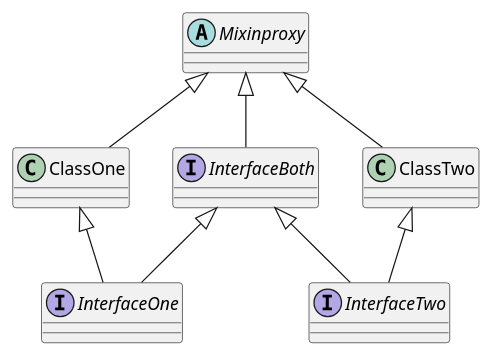
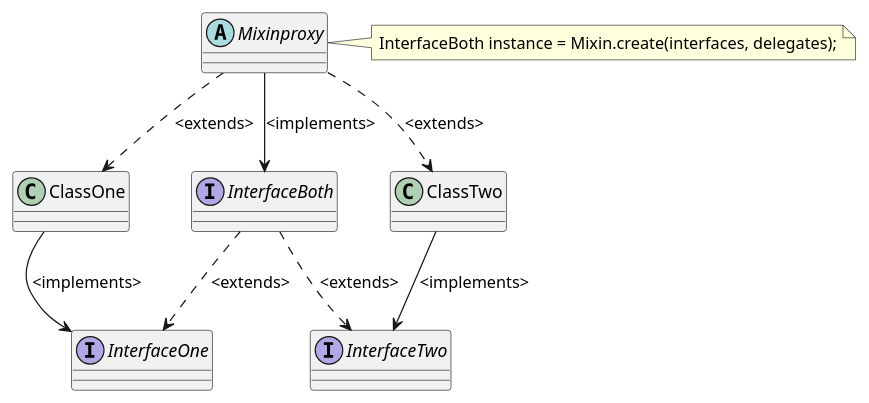
One commit to SimonGrad/JavaMixins changed the diagram in uml.puml. Above: the diagram before and after it, drawn with PlantUML. The commit also changed 3 other files, not shown here.

Commit message:
Extended diagram

```diff
--- a/uml.puml
+++ b/uml.puml
@@ -1,16 +1,18 @@
 @startuml
-
+' http://plantuml.com/classes.html
 abstract class Mixinproxy
 interface InterfaceOne
 interface InterfaceTwo
 interface InterfaceBoth
 
-ClassOne <|-- InterfaceOne
-ClassTwo <|-- InterfaceTwo
-InterfaceBoth <|-- InterfaceOne
-InterfaceBoth <|-- InterfaceTwo
-Mixinproxy <|-- InterfaceBoth
-Mixinproxy <|-- ClassOne
-Mixinproxy <|-- ClassTwo
+ClassOne --> InterfaceOne : <implements>
+ClassTwo --> InterfaceTwo : <implements>
+InterfaceBoth ..> InterfaceOne : <extends>
+InterfaceBoth ..> InterfaceTwo : <extends>
+Mixinproxy --> InterfaceBoth : <implements>
+Mixinproxy ..> ClassOne : <extends>
+Mixinproxy ..> ClassTwo : <extends>
+
+note right of Mixinproxy : InterfaceBoth instance = Mixin.create(interfaces, delegates);
 
 @enduml
```
